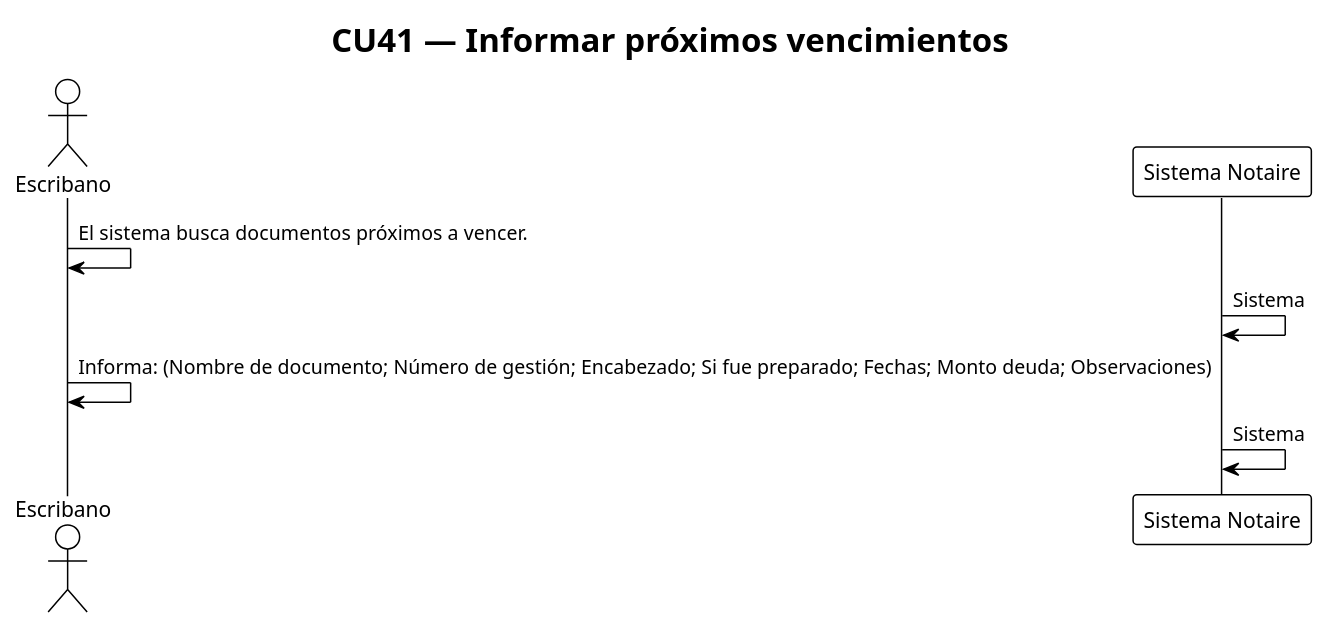
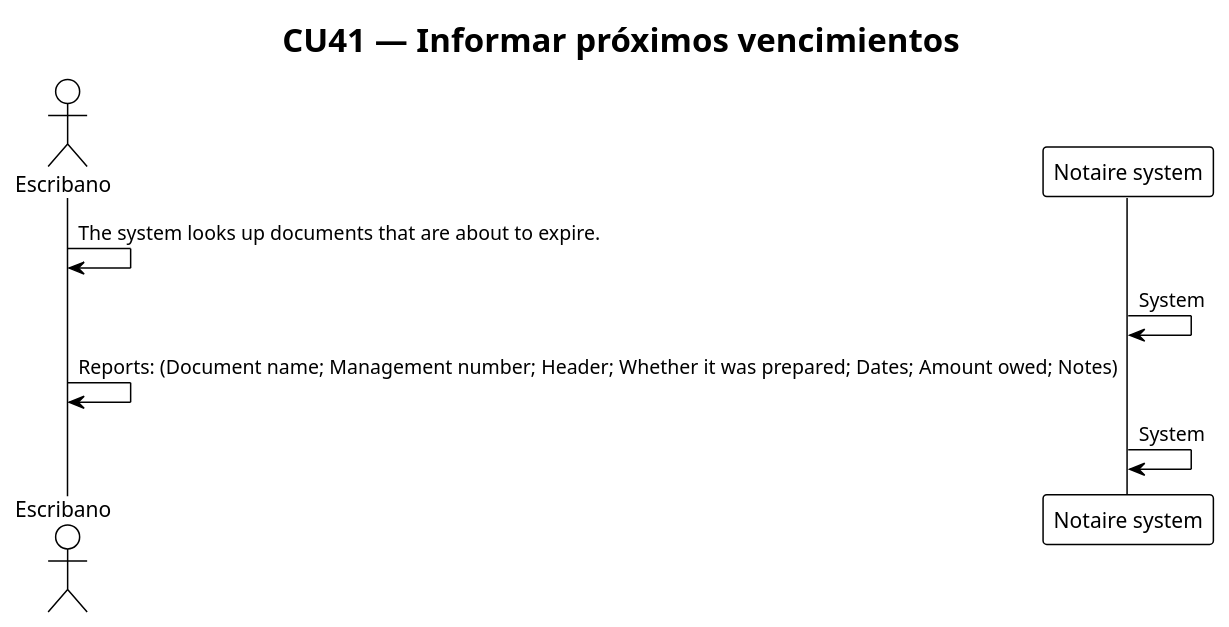
One commit to matiaspakua/notaire changed the diagram in docs/200-architecture/204-diagrams/Secuencias/seq41-informar-próximos-vencimientos.puml. Above: the diagram before and after it, drawn with PlantUML. The commit also changed 165 other files, not shown here.

First line of the commit message:
[#1490] docs(architecture): write CU sequence steps in English (#1505)

```diff
--- a/docs/200-architecture/204-diagrams/Secuencias/seq41-informar-próximos-vencimientos.puml
+++ b/docs/200-architecture/204-diagrams/Secuencias/seq41-informar-próximos-vencimientos.puml
@@ -1,13 +1,13 @@
 @startuml cu41
 !theme plain
 title CU41 — Informar próximos vencimientos
 
 actor "Escribano" as Actor
-participant "Sistema Notaire" as Sistema
+participant "Notaire system" as System
 
-Actor -> Actor : El sistema busca documentos próximos a vencer.
-Sistema -> Sistema : Sistema
-Actor -> Actor : Informa: (Nombre de documento; Número de gestión; Encabezado; Si fue preparado; Fechas; Monto deuda; Observaciones)
-Sistema -> Sistema : Sistema
+Actor -> Actor : The system looks up documents that are about to expire.
+System -> System : System
+Actor -> Actor : Reports: (Document name; Management number; Header; Whether it was prepared; Dates; Amount owed; Notes)
+System -> System : System
 
 @enduml
```
